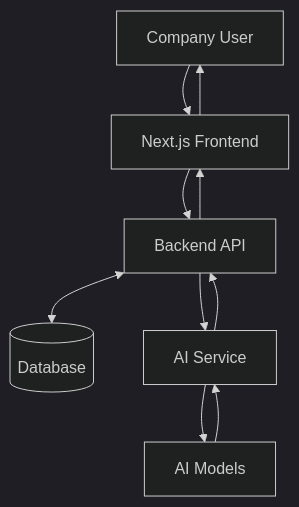
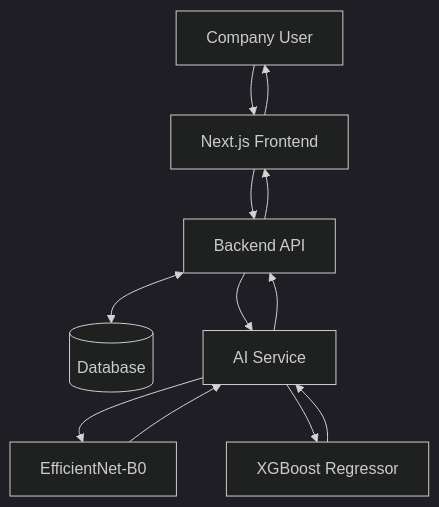
Before and after one commit to raykenzienazaru-dot/PNJ: the second of 5 diagrams in README.MD, drawn with Mermaid (dark theme). The commit also changed other lines of this file, not shown here.

````diff
--- a/README.MD
+++ b/README.MD
@@ -187,12 +200,14 @@
 ```mermaid
 flowchart TD
     U[Company User] --> FE[Next.js Frontend]
     FE --> BE[Backend API]
     BE <--> DB[(Database)]
     BE --> AIS[AI Service]
-    AIS --> AIM[AI Models]
-    AIM --> AIS
+    AIS --> CNN[EfficientNet-B0]
+    AIS --> XGB[XGBoost Regressor]
+    CNN --> AIS
+    XGB --> AIS
     AIS --> BE
     BE --> FE
     FE --> U
 ```
````
